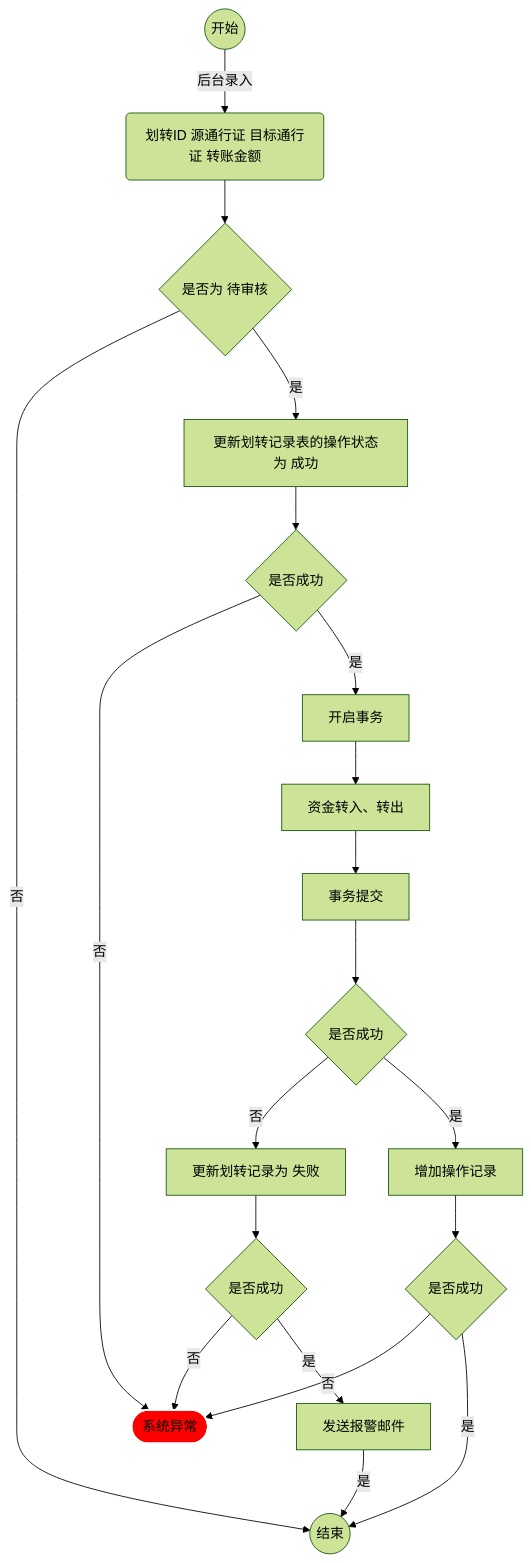
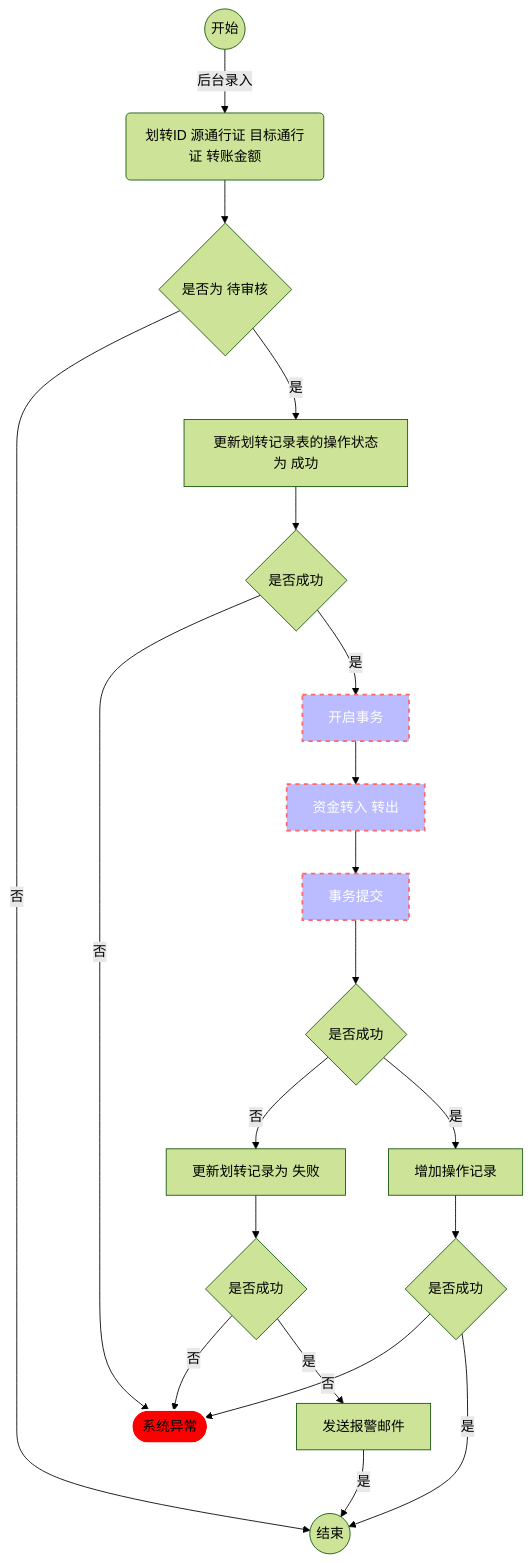
The diagram in README.md (ma-luyang/shimobang), drawn with Mermaid (forest theme) before and after one commit.

````diff
--- a/README.md
+++ b/README.md
@@ -3,30 +3,33 @@
 ```mermaid
 flowchart TB
     A((开始)) -->|后台录入| B(划转ID 源通行证 目标通行证 转账金额)
     
     B --> C{是否为 待审核};
     C -->|否|Z((结束));
     C -->|是|D[更新划转记录表的操作状态为 成功];
     
     D --> E{是否成功};
     E -->|否|X([系统异常]);
     E -->|是|F[开启事务];
-    F --> G[资金转入、转出];
+    F --> G[资金转入 转出];
     G --> H[事务提交];
     
     H --> I{是否成功};
     I -->|否|J[更新划转记录为 失败];
     I -->|是|K[增加操作记录];
     
     K --> L{是否成功};
     L -->|否|X([系统异常]);
     L -->|是|Z((结束));
     
     J --> M{是否成功};
     M -->|否|X([系统异常]);
     M -->|是|N[发送报警邮件];
     N -->|是|Z((结束));
     
     style X fill:#FF0000,stroke:#FFFFFF,stroke-width:2px
+    style F fill:#bbf,stroke:#f66,stroke-width:2px,color:#fff,stroke-dasharray: 5 5
+    style G fill:#bbf,stroke:#f66,stroke-width:2px,color:#fff,stroke-dasharray: 5 5
+    style H fill:#bbf,stroke:#f66,stroke-width:2px,color:#fff,stroke-dasharray: 5 5
     
 ```
````
